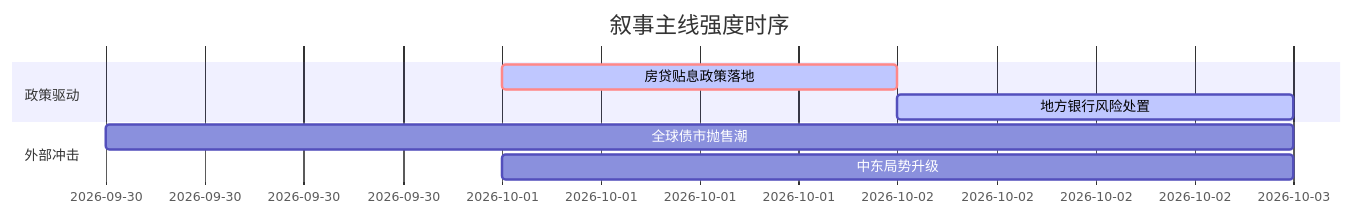
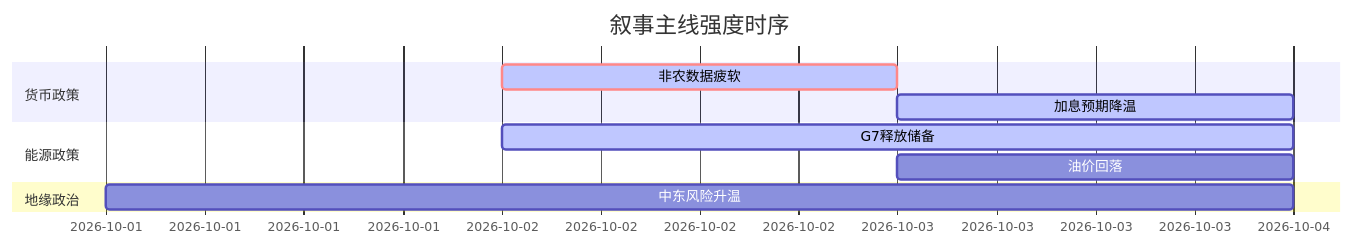
Before and after one commit to uu5zn/uu5zn.github.io: the diagram in 5day_report.md, drawn with Mermaid. The commit also changed other lines of this file and 23 other files, not shown here.

````diff
--- a/5day_report.md
+++ b/5day_report.md
@@ -57,12 +55,15 @@
 ```mermaid
 gantt
     title 叙事主线强度时序
-    dateFormat YYYY-MM-DD
-    section 政策驱动
-    房贷贴息政策落地   :crit, active, 2026-10-01, 1d
-    地方银行风险处置   :active, 2026-10-02, 1d
+    dateFormat  YYYY-MM-DD
+    section 货币政策
+    非农数据疲软   :crit, active, 2026-10-02, 1d
+    加息预期降温   :active, 2026-10-03, 1d
     
-    section 外部冲击
-    全球债市抛售潮     :2026-09-30, 3d
-    中东局势升级       :2026-10-01, 2d
+    section 能源政策
+    G7释放储备     :active, 2026-10-02, 2d
+    油价回落       :2026-10-03, 1d
+    
+    section 地缘政治
+    中东风险升温   :2026-10-01, 3d
 ```
````
